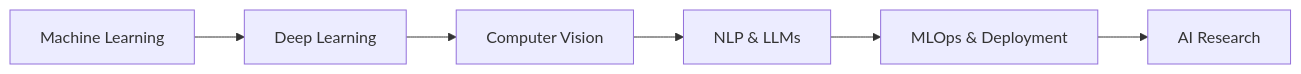
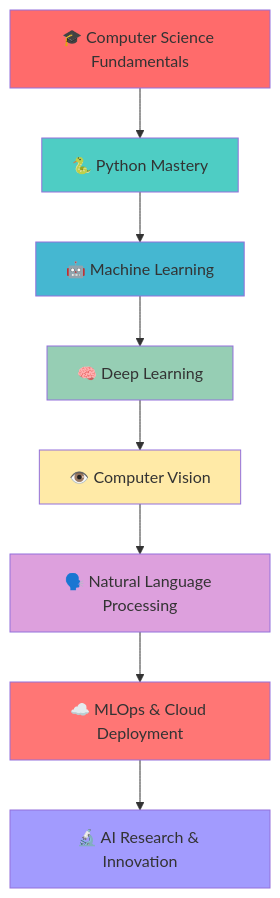
One commit to Hieuvu4438/Hieuvu4438 changed the diagram in README.md. Above: the diagram before and after it, drawn with Mermaid. The commit also changed other lines of this file, not shown here.

````diff
--- a/README.md
+++ b/README.md
@@ -234,8 +479,19 @@
 ```mermaid
-graph LR
-    A[Machine Learning] --> B[Deep Learning]
-    B --> C[Computer Vision]
-    C --> D[NLP & LLMs]
-    D --> E[MLOps & Deployment]
-    E --> F[AI Research]
+graph TD
+    A[🎓 Computer Science Fundamentals] --> B[🐍 Python Mastery]
+    B --> C[🤖 Machine Learning]
+    C --> D[🧠 Deep Learning]
+    D --> E[👁️ Computer Vision]
+    E --> F[🗣️ Natural Language Processing]
+    F --> G[☁️ MLOps & Cloud Deployment]
+    G --> H[🔬 AI Research & Innovation]
+    
+    style A fill:#ff6b6b
+    style B fill:#4ecdc4
+    style C fill:#45b7d1
+    style D fill:#96ceb4
+    style E fill:#ffeaa7
+    style F fill:#dda0dd
+    style G fill:#ff7675
+    style H fill:#a29bfe
 ```
````
